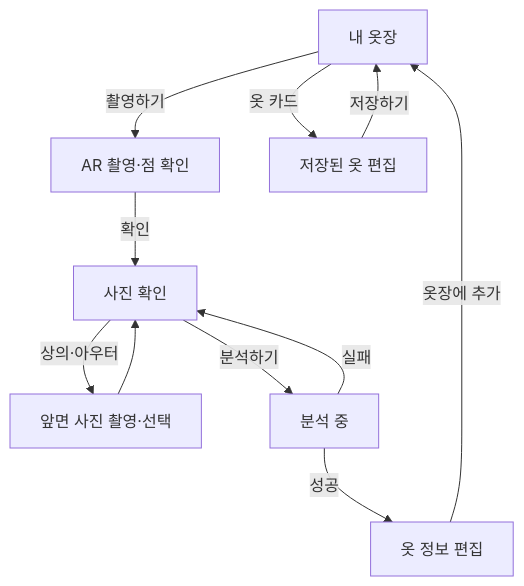
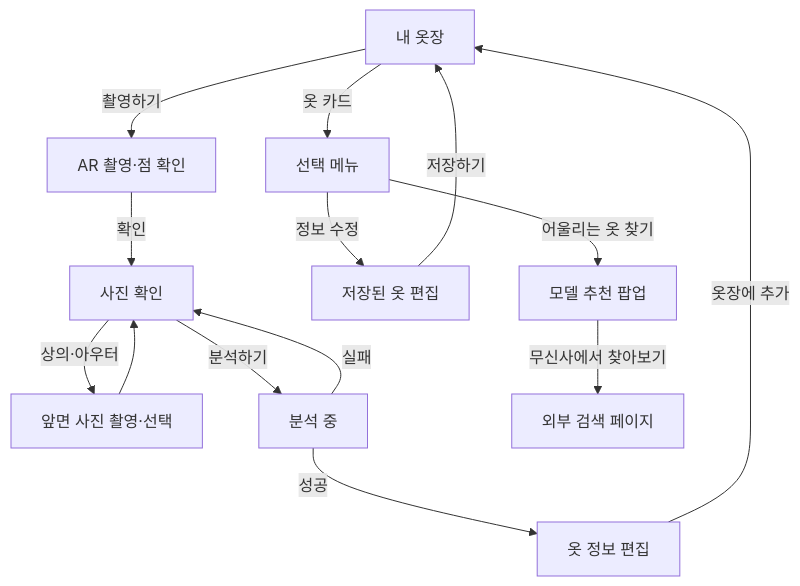
Before and after one commit to snuhcs-course/swpp-2026-project-team-14: the diagram in docs/wardrobe/design.md, drawn with Mermaid. The commit also changed other lines of this file and 18 other files, not shown here.

````diff
--- a/docs/wardrobe/design.md
+++ b/docs/wardrobe/design.md
@@ -13,13 +13,16 @@
 ```mermaid
 flowchart TD
     A[내 옷장] -->|촬영하기| B[AR 촬영·점 확인]
     B -->|확인| C[사진 확인]
     C -->|상의·아우터| G[앞면 사진 촬영·선택]
     G --> C
     C -->|분석하기| D[분석 중]
     D -->|성공| E[옷 정보 편집]
     D -->|실패| C
     E -->|옷장에 추가| A
-    A -->|옷 카드| F[저장된 옷 편집]
+    A -->|옷 카드| H[선택 메뉴]
+    H -->|정보 수정| F[저장된 옷 편집]
+    H -->|어울리는 옷 찾기| I[모델 추천 팝업]
+    I -->|무신사에서 찾아보기| J[외부 검색 페이지]
     F -->|저장하기| A
 ```
````
